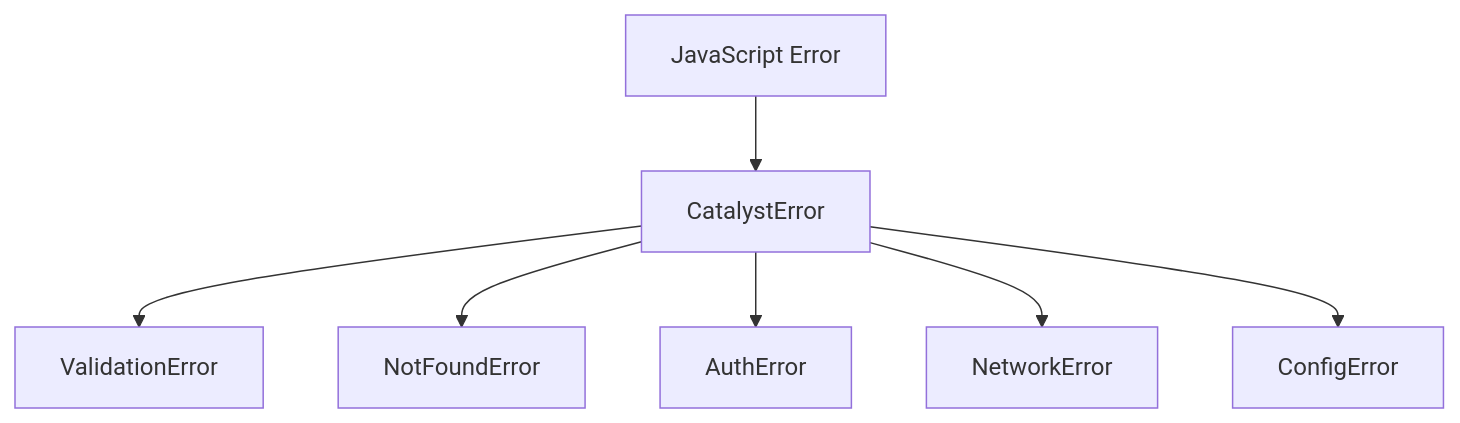
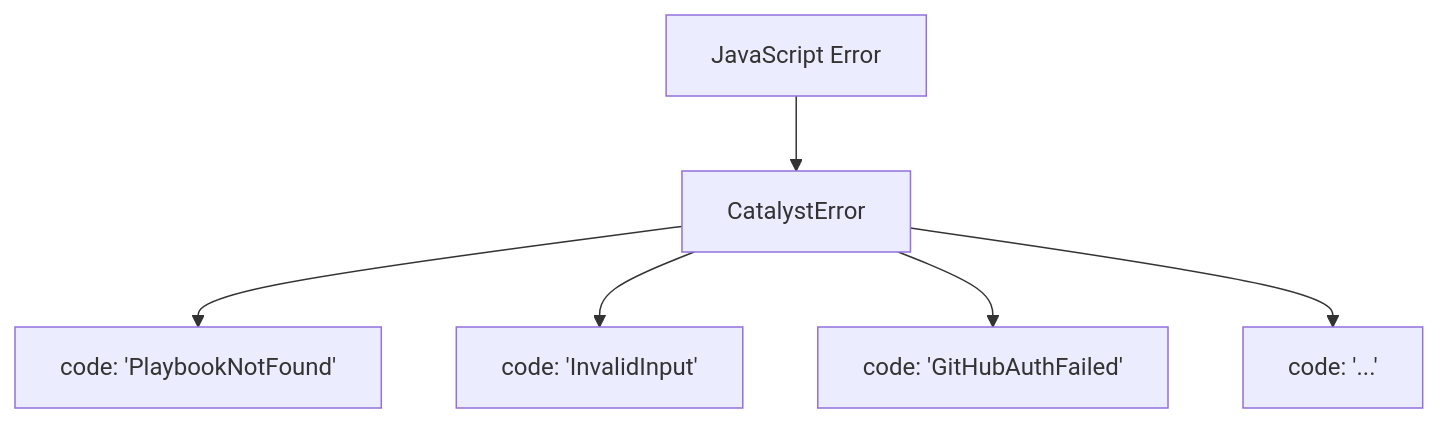
One commit to Xerilium/catalyst changed the diagram in .xe/features/error-handling/plan.md. Above: the diagram before and after it, drawn with Mermaid. The commit also changed other lines of this file and 22 other files, not shown here.

First line of the commit message:
[Catalyst][Error Handling] Simplify to single CatalystError with explicit codes

````diff
--- a/.xe/features/error-handling/plan.md
+++ b/.xe/features/error-handling/plan.md
@@ -45,9 +45,8 @@
 ```mermaid
 graph TB
     Error[JavaScript Error] --> CatalystError[CatalystError]
-    CatalystError --> ValidationError
-    CatalystError --> NotFoundError
-    CatalystError --> AuthError
-    CatalystError --> NetworkError
-    CatalystError --> ConfigError
+    CatalystError --> Code1["code: 'PlaybookNotFound'"]
+    CatalystError --> Code2["code: 'InvalidInput'"]
+    CatalystError --> Code3["code: 'GitHubAuthFailed'"]
+    CatalystError --> Code4["code: '...'"]
 ```
````
